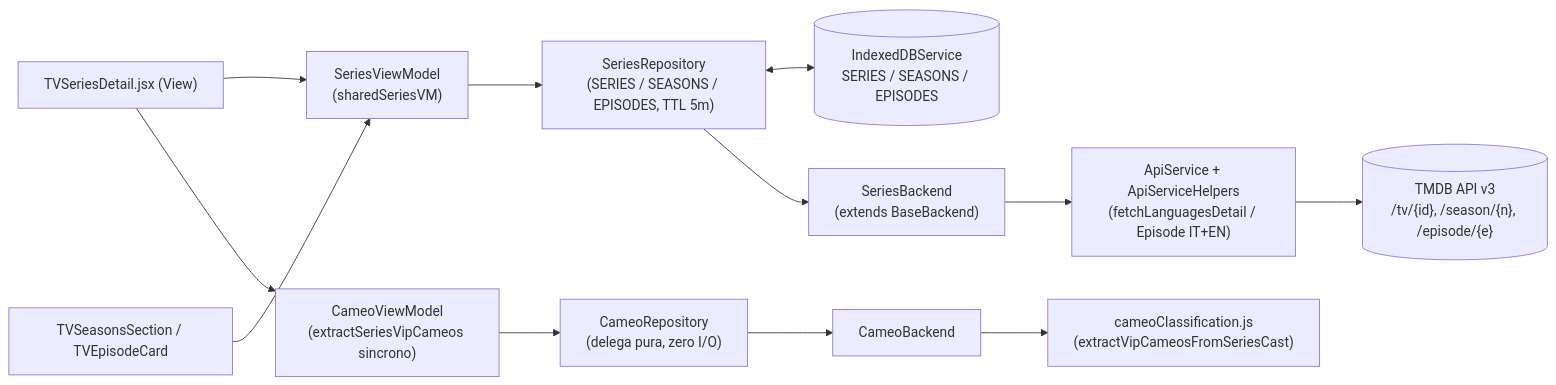
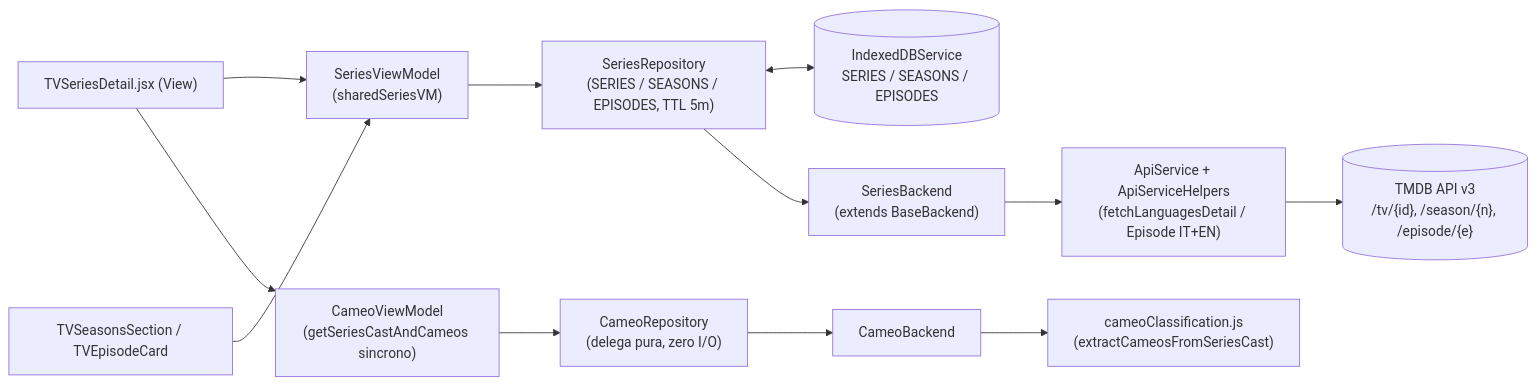
Before and after one commit to Lorenzo207378/Cameos: the first of 2 diagrams in docs/pages/tv-series-detail.md, drawn with Mermaid. The commit also changed other lines of this file and 89 other files, not shown here.

Commit message:
refactor: update return types in components to use ReactElement for better type safety. Rename getSeriesVipCameos to getSeriesCameos for consistency. Clean up unused CSS and improve media provider rendering logic.

````diff
--- a/docs/pages/tv-series-detail.md
+++ b/docs/pages/tv-series-detail.md
@@ -15,17 +15,17 @@
 ```mermaid
 flowchart LR
     View["TVSeriesDetail.jsx (View)"] --> SVM["SeriesViewModel\n(sharedSeriesVM)"]
-    View --> CVM["CameoViewModel\n(extractSeriesVipCameos sincrono)"]
+    View --> CVM["CameoViewModel\n(getSeriesCastAndCameos sincrono)"]
     Seasons["TVSeasonsSection / TVEpisodeCard"] --> SVM
 
     SVM --> SRepo["SeriesRepository\n(SERIES / SEASONS / EPISODES, TTL 5m)"]
     CVM --> CRepo["CameoRepository\n(delega pura, zero I/O)"]
 
     SRepo <--> IDB[("IndexedDBService\nSERIES / SEASONS / EPISODES")]
 
     SRepo --> SBack["SeriesBackend\n(extends BaseBackend)"]
-    CRepo --> CBack["CameoBackend"] --> Class["cameoClassification.js\n(extractVipCameosFromSeriesCast)"]
+    CRepo --> CBack["CameoBackend"] --> Class["cameoClassification.js\n(extractCameosFromSeriesCast)"]
 
     SBack --> API["ApiService + ApiServiceHelpers\n(fetchLanguagesDetail / Episode IT+EN)"]
     API --> TMDB[("TMDB API v3\n/tv/{id}, /season/{n}, /episode/{e}")]
 ```
````
